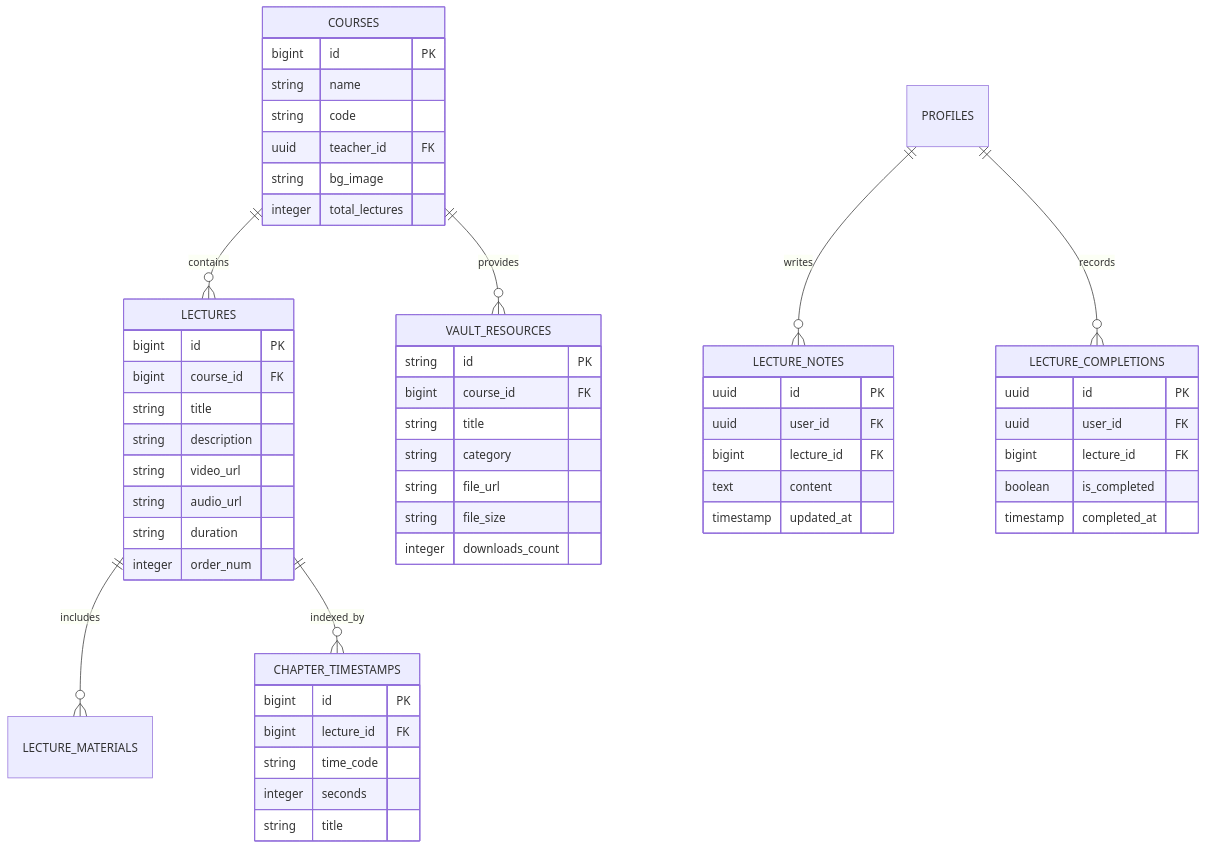
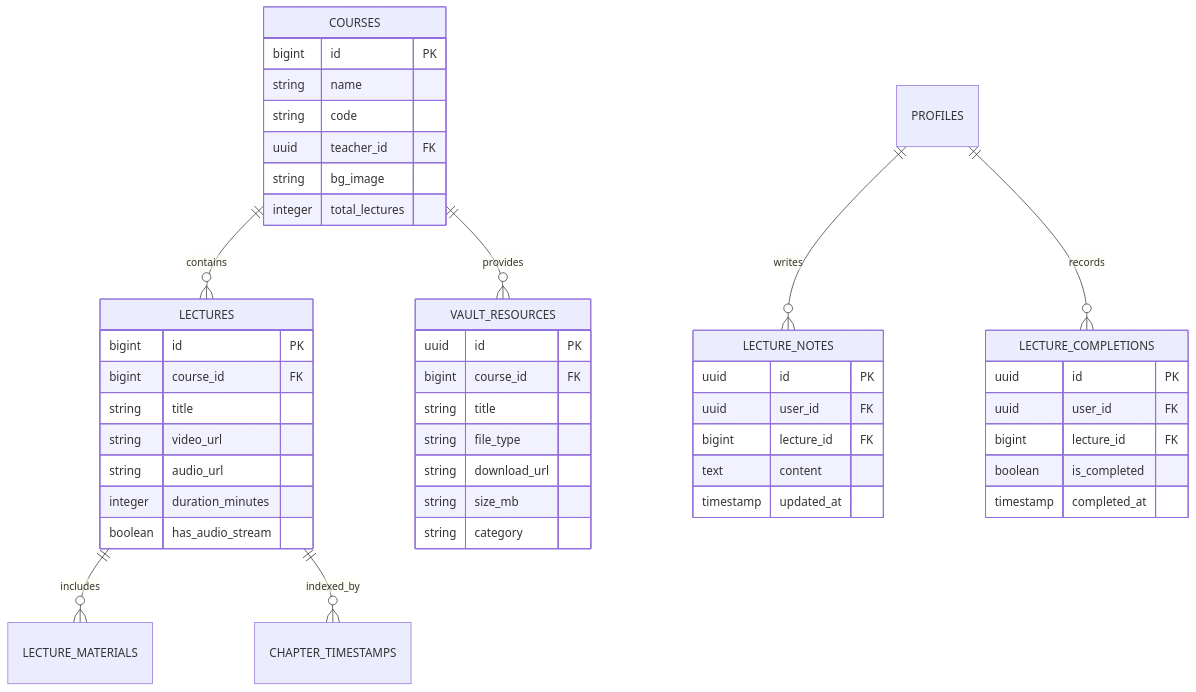
Before and after one commit to ta3allam/ta3: the third of 7 diagrams in arch.md, drawn with Mermaid. The commit also changed other lines of this file and 3 other files, not shown here.

Commit message:
docs(all): synchronize architecture, ERD, component catalog, and README for Day 7 release

````diff
--- a/arch.md
+++ b/arch.md
@@ -80,63 +80,54 @@
 ```mermaid
 erDiagram
     COURSES ||--o{ LECTURES : "contains"
     LECTURES ||--o{ LECTURE_MATERIALS : "includes"
     COURSES ||--o{ VAULT_RESOURCES : "provides"
     LECTURES ||--o{ CHAPTER_TIMESTAMPS : "indexed_by"
     PROFILES ||--o{ LECTURE_NOTES : "writes"
     PROFILES ||--o{ LECTURE_COMPLETIONS : "records"
 
     COURSES {
         bigint id PK
         string name
         string code
         uuid teacher_id FK
         string bg_image
         integer total_lectures
     }
 
     LECTURES {
         bigint id PK
         bigint course_id FK
         string title
-        string description
         string video_url
         string audio_url
-        string duration
-        integer order_num
-    }
-
-    CHAPTER_TIMESTAMPS {
-        bigint id PK
-        bigint lecture_id FK
-        string time_code
-        integer seconds
-        string title
+        integer duration_minutes
+        boolean has_audio_stream
     }
 
     VAULT_RESOURCES {
-        string id PK
+        uuid id PK
         bigint course_id FK
         string title
+        string file_type
+        string download_url
+        string size_mb
         string category
-        string file_url
-        string file_size
-        integer downloads_count
+    }
+
+    LECTURE_NOTES {
+        uuid id PK
+        uuid user_id FK
+        bigint lecture_id FK
+        text content
+        timestamp updated_at
     }
 
     LECTURE_COMPLETIONS {
         uuid id PK
         uuid user_id FK
         bigint lecture_id FK
         boolean is_completed
         timestamp completed_at
     }
-
-    LECTURE_NOTES {
-        uuid id PK
-        uuid user_id FK
-        bigint lecture_id FK
-        text content
-        timestamp updated_at
-    }
 ```
````
